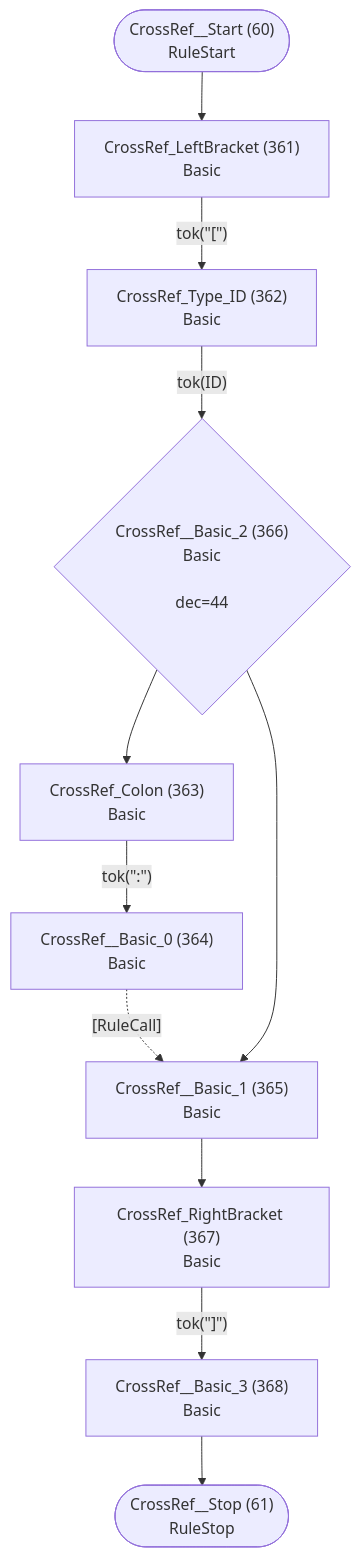
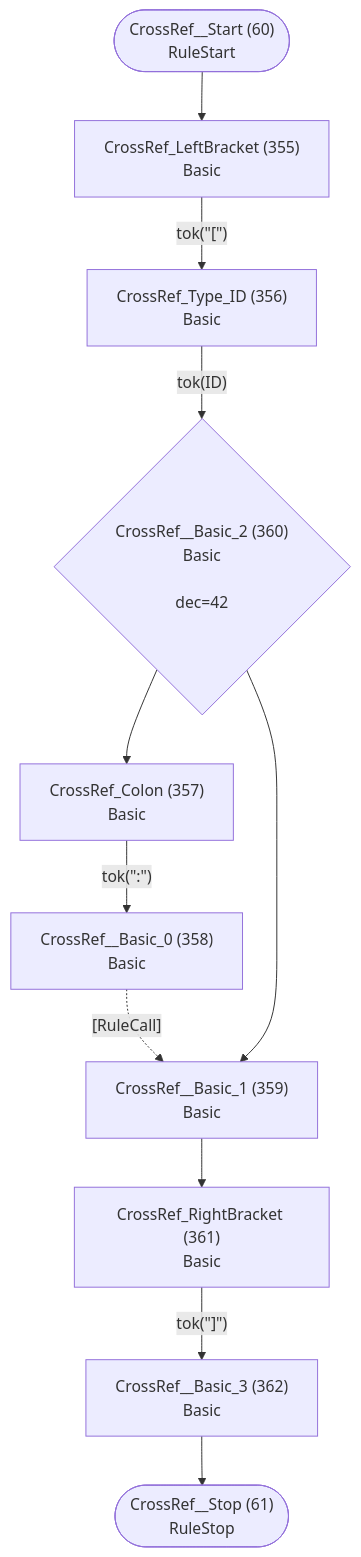
Diagram 31 of 40 in internal/grammar/atn.md (TypeFox/fastbelt), drawn with Mermaid before and after one commit. The commit also changed other lines of this file and 12 other files, not shown here.

````diff
--- a/internal/grammar/atn.md
+++ b/internal/grammar/atn.md
@@ -931,24 +917,24 @@
 ```mermaid
 flowchart TD
     q60(["CrossRef__Start (60)<br/>RuleStart"])
     q61(["CrossRef__Stop (61)<br/>RuleStop"])
-    q361["CrossRef_LeftBracket (361)<br/>Basic<br/>"]
-    q362["CrossRef_Type_ID (362)<br/>Basic<br/>"]
-    q363["CrossRef_Colon (363)<br/>Basic<br/>"]
-    q364["CrossRef__Basic_0 (364)<br/>Basic<br/>"]
-    q365["CrossRef__Basic_1 (365)<br/>Basic<br/>"]
-    q366{"CrossRef__Basic_2 (366)<br/>Basic<br/><br/>dec=44"}
-    q367["CrossRef_RightBracket (367)<br/>Basic<br/>"]
-    q368["CrossRef__Basic_3 (368)<br/>Basic<br/>"]
+    q355["CrossRef_LeftBracket (355)<br/>Basic<br/>"]
+    q356["CrossRef_Type_ID (356)<br/>Basic<br/>"]
+    q357["CrossRef_Colon (357)<br/>Basic<br/>"]
+    q358["CrossRef__Basic_0 (358)<br/>Basic<br/>"]
+    q359["CrossRef__Basic_1 (359)<br/>Basic<br/>"]
+    q360{"CrossRef__Basic_2 (360)<br/>Basic<br/><br/>dec=42"}
+    q361["CrossRef_RightBracket (361)<br/>Basic<br/>"]
+    q362["CrossRef__Basic_3 (362)<br/>Basic<br/>"]
 
-    q60 --> q361
-    q361 -->|"tok(&quot;[&quot;)"| q362
-    q362 -->|"tok(ID)"| q366
-    q363 -->|"tok(&quot;:&quot;)"| q364
-    q364 -.->|"[RuleCall]"| q365
-    q365 --> q367
-    q366 --> q363
-    q366 --> q365
-    q367 -->|"tok(&quot;]&quot;)"| q368
-    q368 --> q61
+    q60 --> q355
+    q355 -->|"tok(&quot;[&quot;)"| q356
+    q356 -->|"tok(ID)"| q360
+    q357 -->|"tok(&quot;:&quot;)"| q358
+    q358 -.->|"[RuleCall]"| q359
+    q359 --> q361
+    q360 --> q357
+    q360 --> q359
+    q361 -->|"tok(&quot;]&quot;)"| q362
+    q362 --> q61
 ```
````
